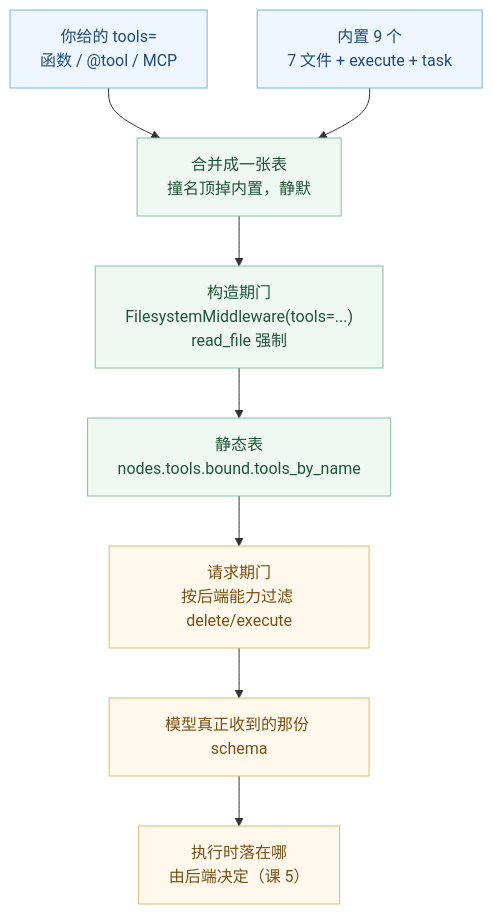
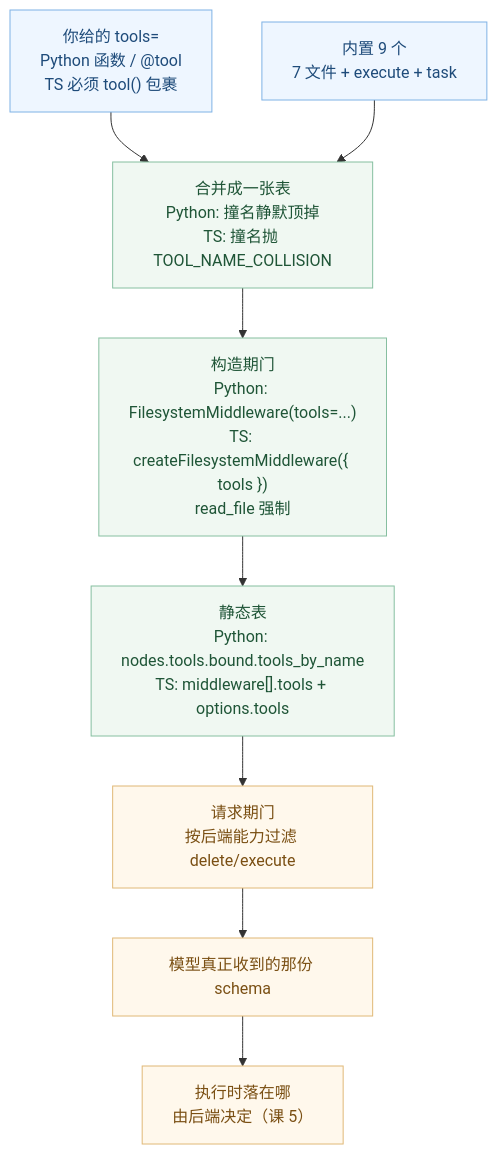
One commit to HACK-WU/learning changed the diagram in langchain/deepagents/stages/2-执行环境/lessons/04-工具与虚拟文件系统.md. Above: the diagram before and after it, drawn with Mermaid. The commit also changed other lines of this file and 53 other files, not shown here.

````diff
--- a/langchain/deepagents/stages/2-执行环境/lessons/04-工具与虚拟文件系统.md
+++ b/langchain/deepagents/stages/2-执行环境/lessons/04-工具与虚拟文件系统.md
@@ -884,17 +1631,17 @@
 ```mermaid
 flowchart TD
-    A["你给的 tools=<br/>函数 / @tool / MCP"] --> C["合并成一张表<br/>撞名顶掉内置，静默"]
+    A["你给的 tools=<br/>Python 函数 / @tool<br/>TS 必须 tool() 包裹"] --> C["合并成一张表<br/>Python: 撞名静默顶掉<br/>TS: 撞名抛 TOOL_NAME_COLLISION"]
     B["内置 9 个<br/>7 文件 + execute + task"] --> C
-    C --> D["构造期门<br/>FilesystemMiddleware(tools=...)<br/>read_file 强制"]
-    D --> E["静态表<br/>nodes.tools.bound.tools_by_name"]
+    C --> D["构造期门<br/>Python: FilesystemMiddleware(tools=...)<br/>TS: createFilesystemMiddleware({ tools })<br/>read_file 强制"]
+    D --> E["静态表<br/>Python: nodes.tools.bound.tools_by_name<br/>TS: middleware[].tools + options.tools"]
     E --> F["请求期门<br/>按后端能力过滤 delete/execute"]
     F --> G["模型真正收到的那份 schema"]
     G --> H["执行时落在哪<br/>由后端决定（课 5）"]
 
     classDef s fill:#eef6ff,stroke:#7fb2e5,color:#1e4b7a
     classDef t fill:#f0f8f2,stroke:#86bfa0,color:#1f5537
     classDef u fill:#fff8ec,stroke:#e0b877,color:#7a4f13
     class A,B s
     class C,D,E t
     class F,G,H u
 ```
````
